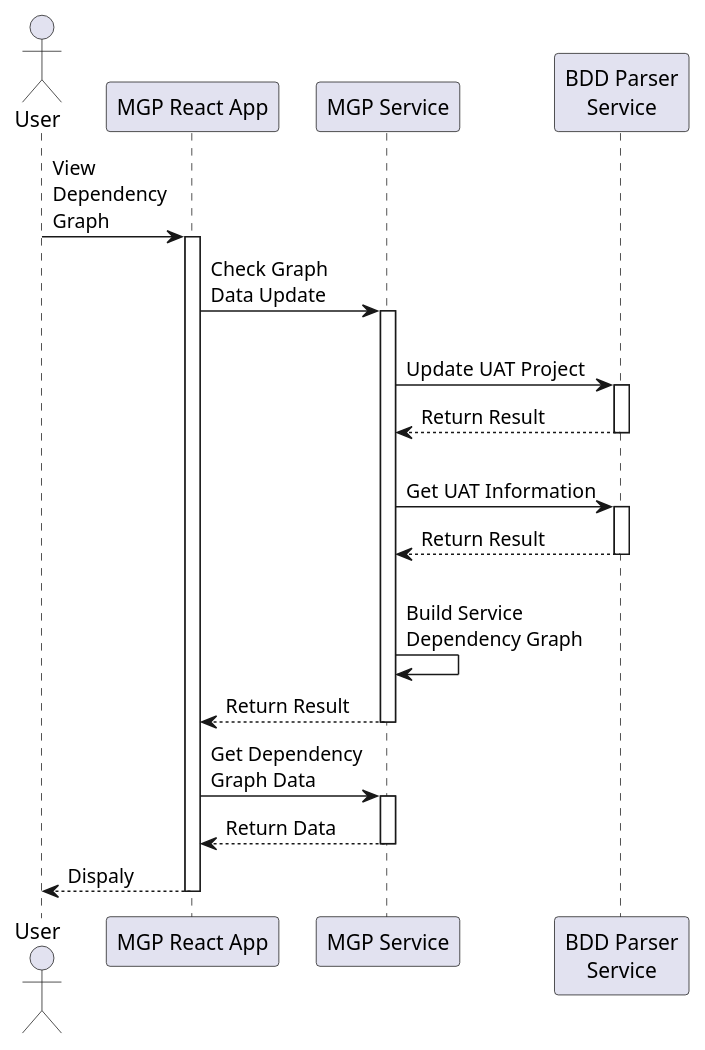
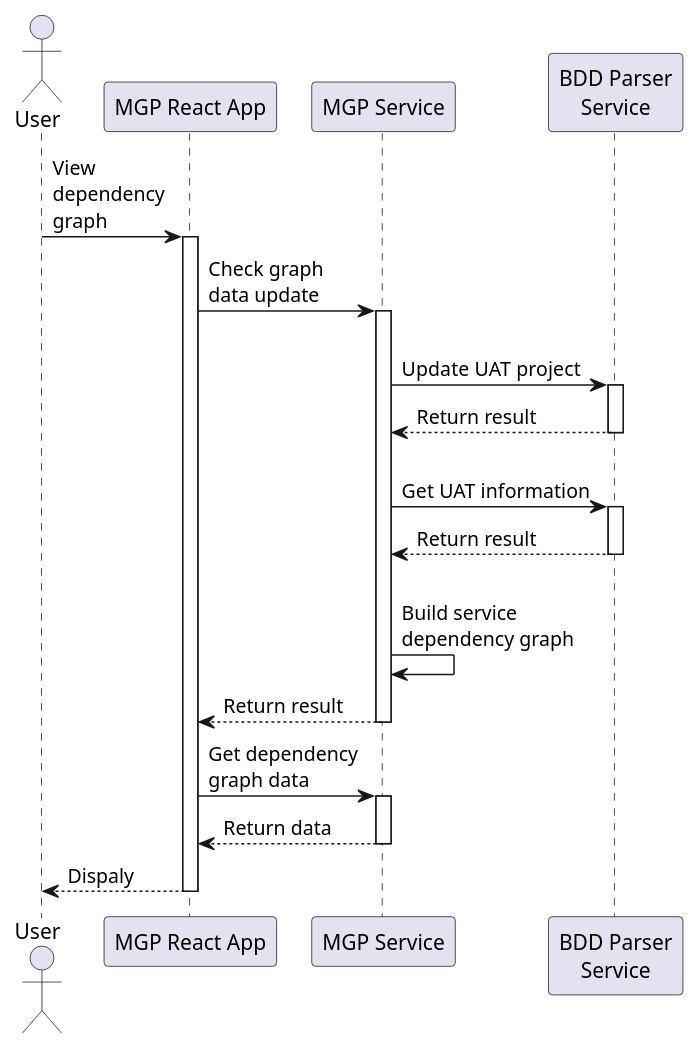
One commit to b4456609/mgp-back changed the diagram in diagram/sequence/bddService.puml. Above: the diagram before and after it, drawn with PlantUML. The commit also changed 5 other files, not shown here.

Commit message:
change diagram to lower case

```diff
--- a/diagram/sequence/bddService.puml
+++ b/diagram/sequence/bddService.puml
@@ -1,29 +1,29 @@
 @startuml
 actor User as user
 participant "MGP React App" as mgpr
 participant "MGP Service" as mgps
 participant "BDD Parser\nService" as bps
 
-user -> mgpr: View\nDependency\nGraph
+user -> mgpr: View\ndependency\ngraph
 activate mgpr
-mgpr -> mgps: Check Graph\nData Update
+mgpr -> mgps: Check graph\ndata update
 activate mgps
-mgps -> bps: \nUpdate UAT Project
+mgps -> bps: \nUpdate UAT project
 activate bps
-bps --> mgps: Return Result
+bps --> mgps: Return result
 deactivate bps
-mgps -> bps: \nGet UAT Information
+mgps -> bps: \nGet UAT information
 activate bps
-bps --> mgps: Return Result
+bps --> mgps: Return result
 deactivate bps
-mgps -> mgps: \nBuild Service\nDependency Graph
-mgps --> mgpr: Return Result
+mgps -> mgps: \nBuild service\ndependency graph
+mgps --> mgpr: Return result
 deactivate mgps
-mgpr -> mgps: Get Dependency\nGraph Data
+mgpr -> mgps: Get dependency\ngraph data
 activate mgps
-mgpr <-- mgps: Return Data
+mgpr <-- mgps: Return data
 deactivate mgps
 mgpr --> user: Dispaly
 deactivate mgpr
 
 @enduml
```
